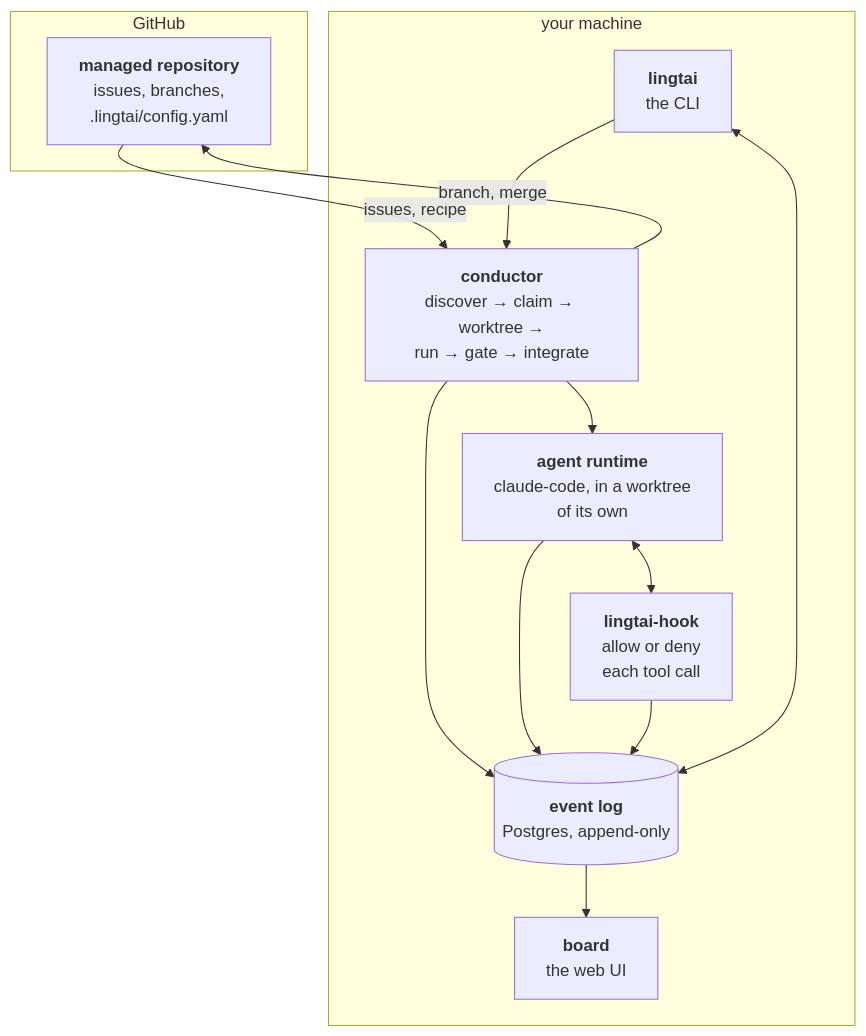
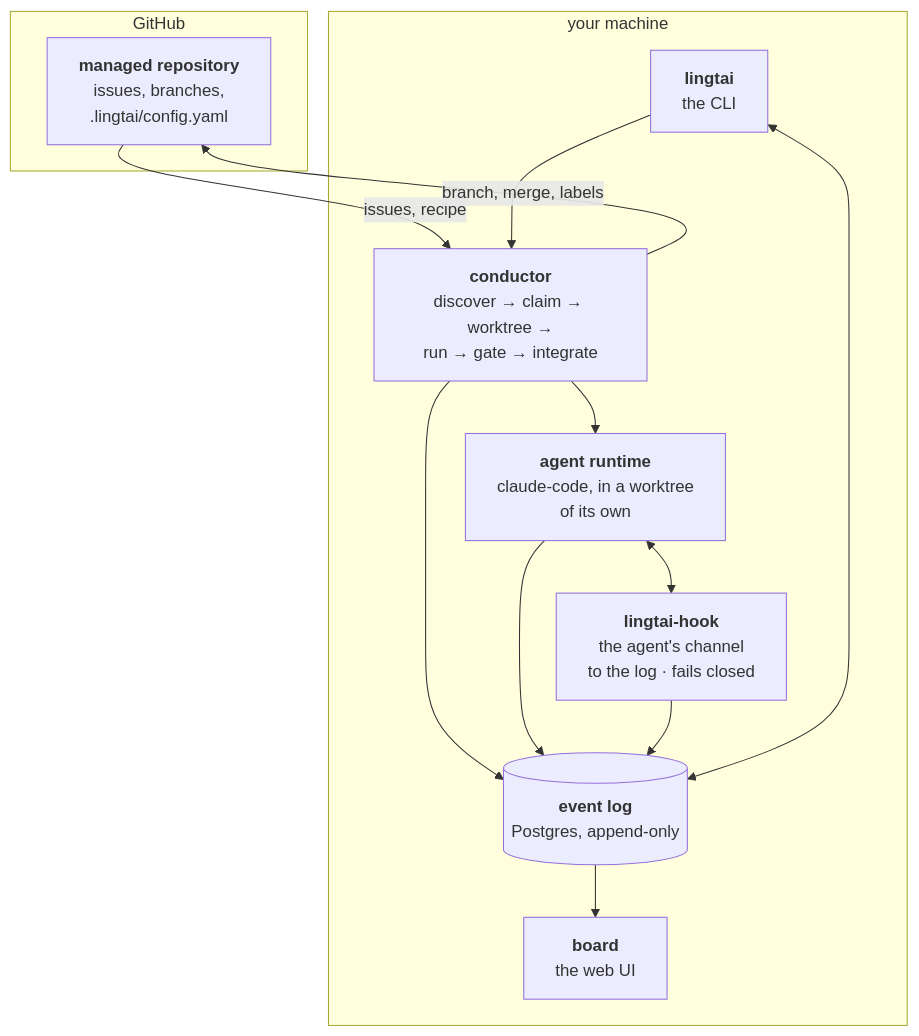
Before and after one commit to steven-zhc/lingtai: the first of 2 diagrams in README.md, drawn with Mermaid. The commit also changed other lines of this file and 3 other files, not shown here.

````diff
--- a/README.md
+++ b/README.md
@@ -144,26 +48,26 @@
 ```mermaid
 flowchart TB
   subgraph github["GitHub"]
     repo["<b>managed repository</b><br/>issues, branches,<br/>.lingtai/config.yaml"]
   end
 
   subgraph yours["your machine"]
     cond["<b>conductor</b><br/>discover → claim → worktree →<br/>run → gate → integrate"]
     agent["<b>agent runtime</b><br/>claude-code, in a worktree<br/>of its own"]
-    hook["<b>lingtai-hook</b><br/>allow or deny<br/>each tool call"]
+    hook["<b>lingtai-hook</b><br/>the agent's channel<br/>to the log · fails closed"]
     log[("<b>event log</b><br/>Postgres, append-only")]
     cli["<b>lingtai</b><br/>the CLI"]
     board["<b>board</b><br/>the web UI"]
   end
 
   repo -- "issues, recipe" --> cond
-  cond -- "branch, merge" --> repo
+  cond -- "branch, merge, labels" --> repo
   cond --> agent
   agent <--> hook
   cond --> log
   agent --> log
   hook --> log
   log --> board
   cli <--> log
   cli --> cond
 ```
````
